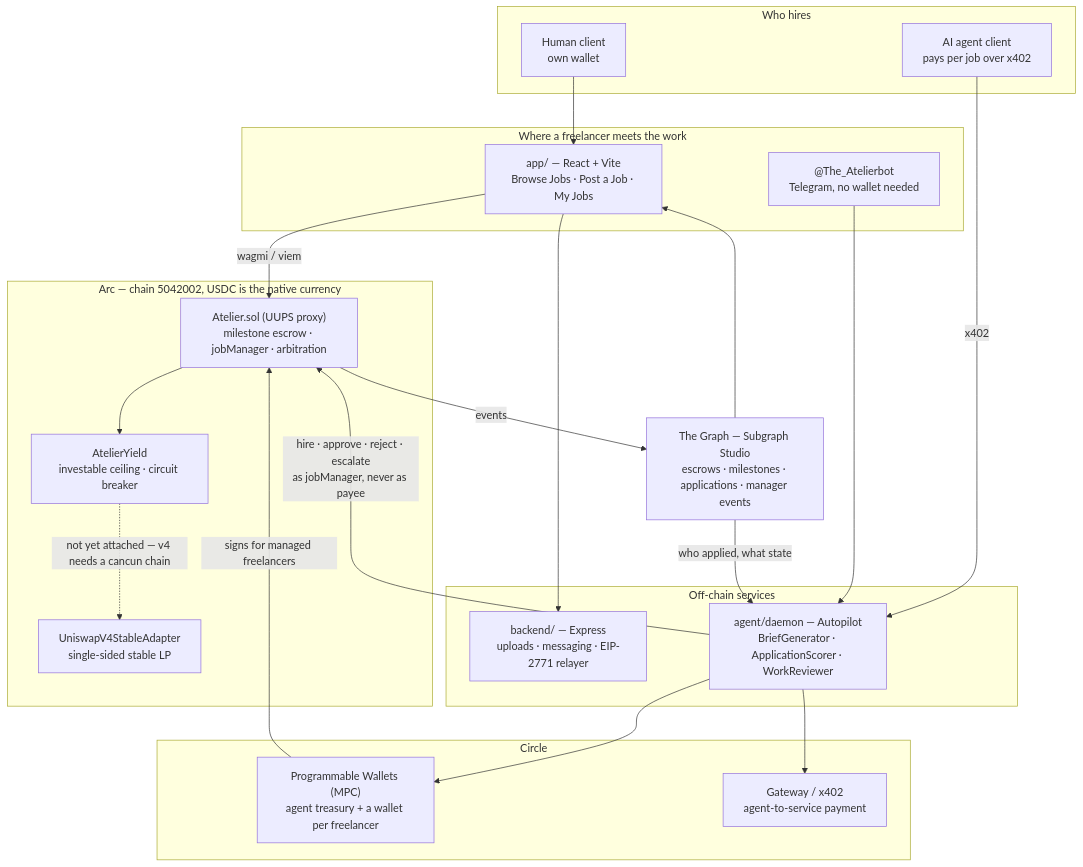
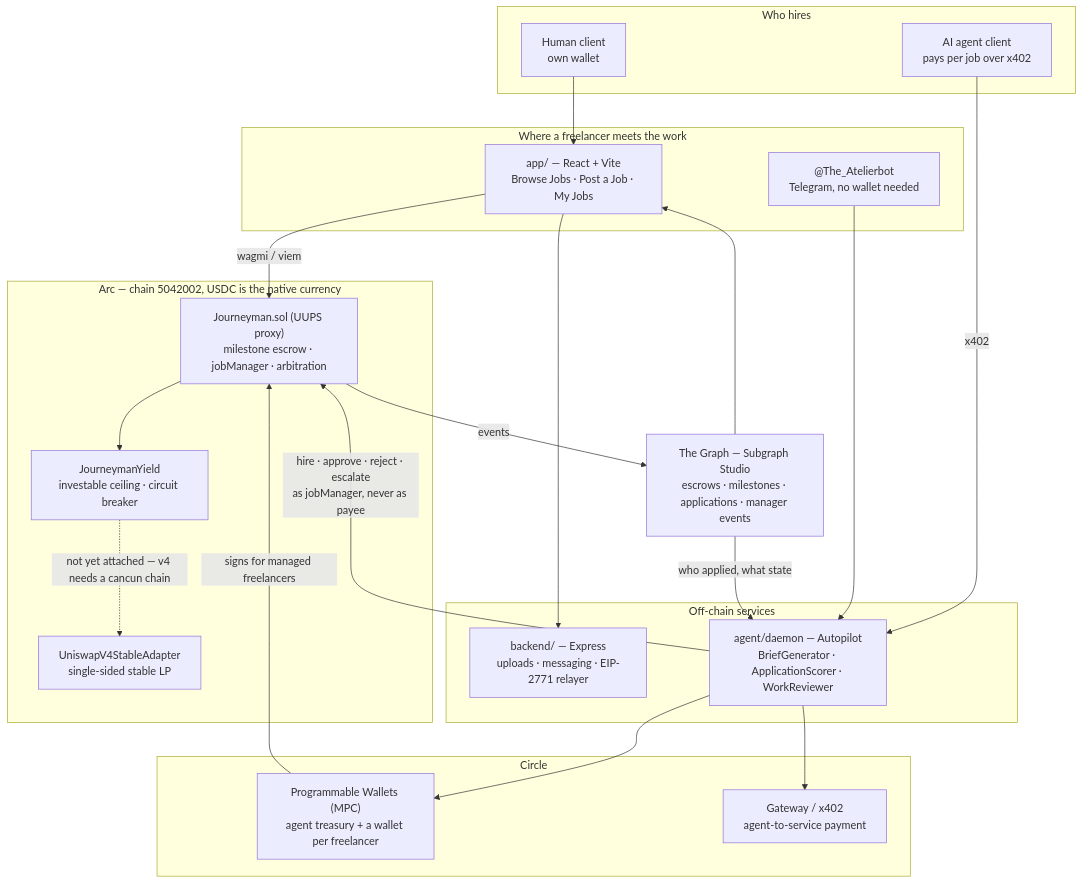
Before and after one commit to Gbangbolaoluwagbemiga/journeyman: the first of 2 diagrams in README.md, drawn with Mermaid. The commit also changed other lines of this file and 294 other files, not shown here.

First line of the commit message:
Rename Atelier to Journeyman

````diff
--- a/README.md
+++ b/README.md
@@ -243,45 +243,45 @@
 ```mermaid
 flowchart TB
     subgraph clients["Who hires"]
         human["Human client<br/>own wallet"]
         agentclient["AI agent client<br/>pays per job over x402"]
     end
 
     subgraph surfaces["Where a freelancer meets the work"]
         web["app/ — React + Vite<br/>Browse Jobs · Post a Job · My Jobs"]
         tg["@The_Atelierbot<br/>Telegram, no wallet needed"]
     end
 
     subgraph services["Off-chain services"]
         api["backend/ — Express<br/>uploads · messaging · EIP-2771 relayer"]
         daemon["agent/daemon — Autopilot<br/>BriefGenerator · ApplicationScorer · WorkReviewer"]
     end
 
     subgraph circle["Circle"]
         mpc["Programmable Wallets (MPC)<br/>agent treasury + a wallet per freelancer"]
         gw["Gateway / x402<br/>agent-to-service payment"]
     end
 
     subgraph arc["Arc — chain 5042002, USDC is the native currency"]
-        escrow["Atelier.sol (UUPS proxy)<br/>milestone escrow · jobManager · arbitration"]
-        yield["AtelierYield<br/>investable ceiling · circuit breaker"]
+        escrow["Journeyman.sol (UUPS proxy)<br/>milestone escrow · jobManager · arbitration"]
+        yield["JourneymanYield<br/>investable ceiling · circuit breaker"]
         uni["UniswapV4StableAdapter<br/>single-sided stable LP"]
     end
 
     graph_["The Graph — Subgraph Studio<br/>escrows · milestones · applications · manager events"]
 
     human --> web
     agentclient -- "x402" --> daemon
     web -- "wagmi / viem" --> escrow
     web --> api
     tg --> daemon
     daemon -- "hire · approve · reject · escalate<br/>as jobManager, never as payee" --> escrow
     daemon --> mpc
     daemon --> gw
     mpc -- "signs for managed freelancers" --> escrow
     escrow --> yield
     yield -. "not yet attached — v4 needs a cancun chain" .-> uni
     escrow -- "events" --> graph_
     graph_ -- "who applied, what state" --> daemon
     graph_ --> web
 ```
````
